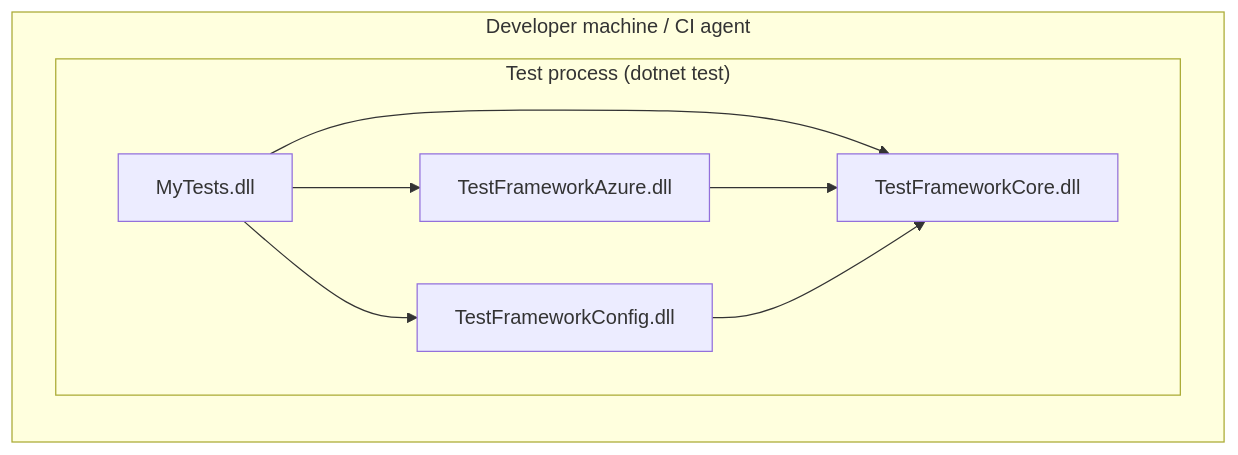
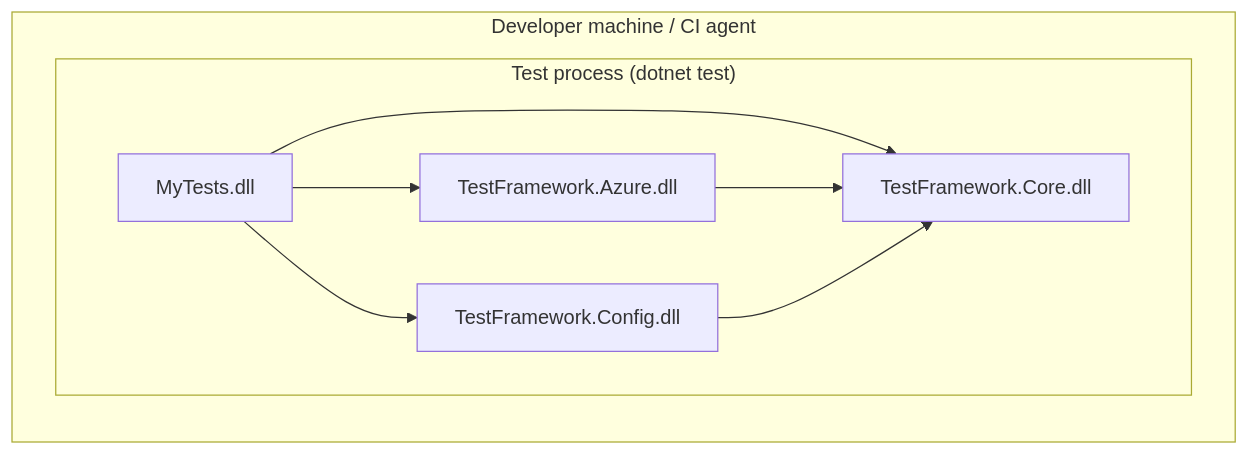
Diagram 12 of 16 in Documentation/Arc42.md (DeadMoon0/TestFramework-Core), drawn with Mermaid before and after one commit. The commit also changed other lines of this file and 5 other files, not shown here.

````diff
--- a/Documentation/Arc42.md
+++ b/Documentation/Arc42.md
@@ -443,16 +443,16 @@
 ```mermaid
 graph LR
     subgraph "Developer machine / CI agent"
         subgraph "Test process (dotnet test)"
-            Core[TestFrameworkCore.dll]
-            Azure[TestFrameworkAzure.dll]
-            Config[TestFrameworkConfig.dll]
+            Core[TestFramework.Core.dll]
+            Azure[TestFramework.Azure.dll]
+            Config[TestFramework.Config.dll]
             Tests[MyTests.dll]
         end
     end
     Tests --> Core
     Tests --> Azure
     Tests --> Config
     Azure --> Core
     Config --> Core
 ```
````
